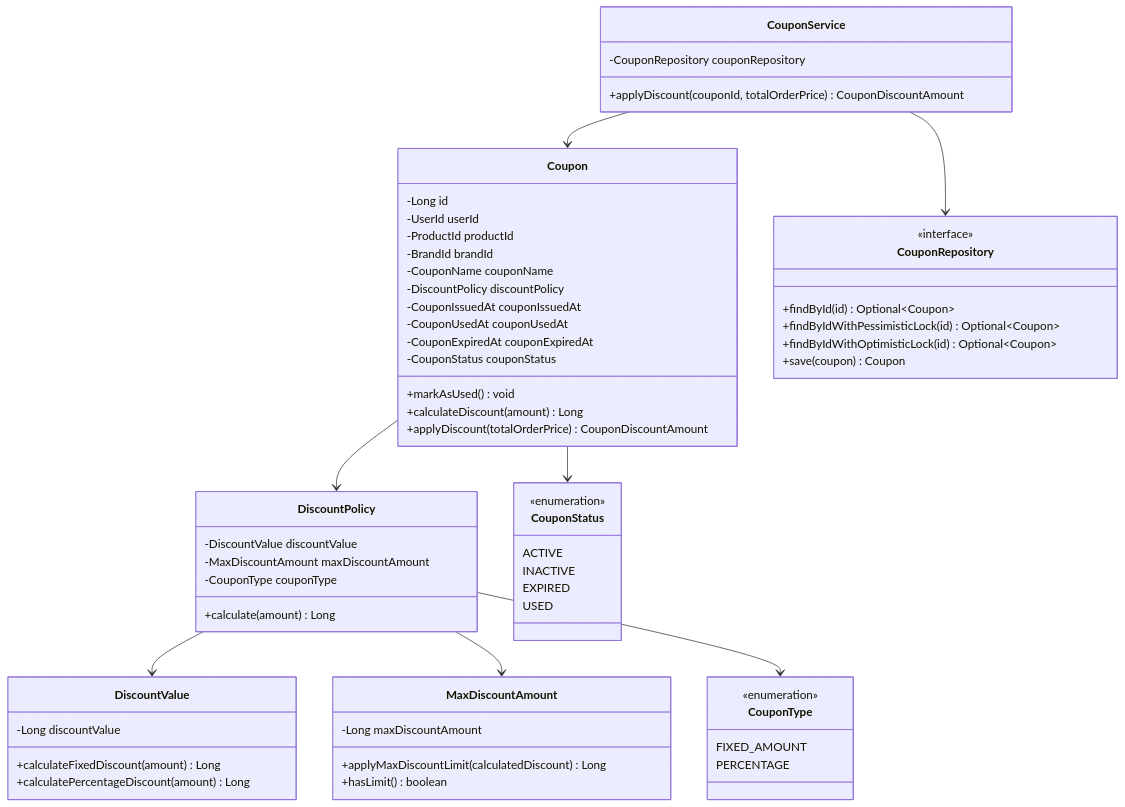
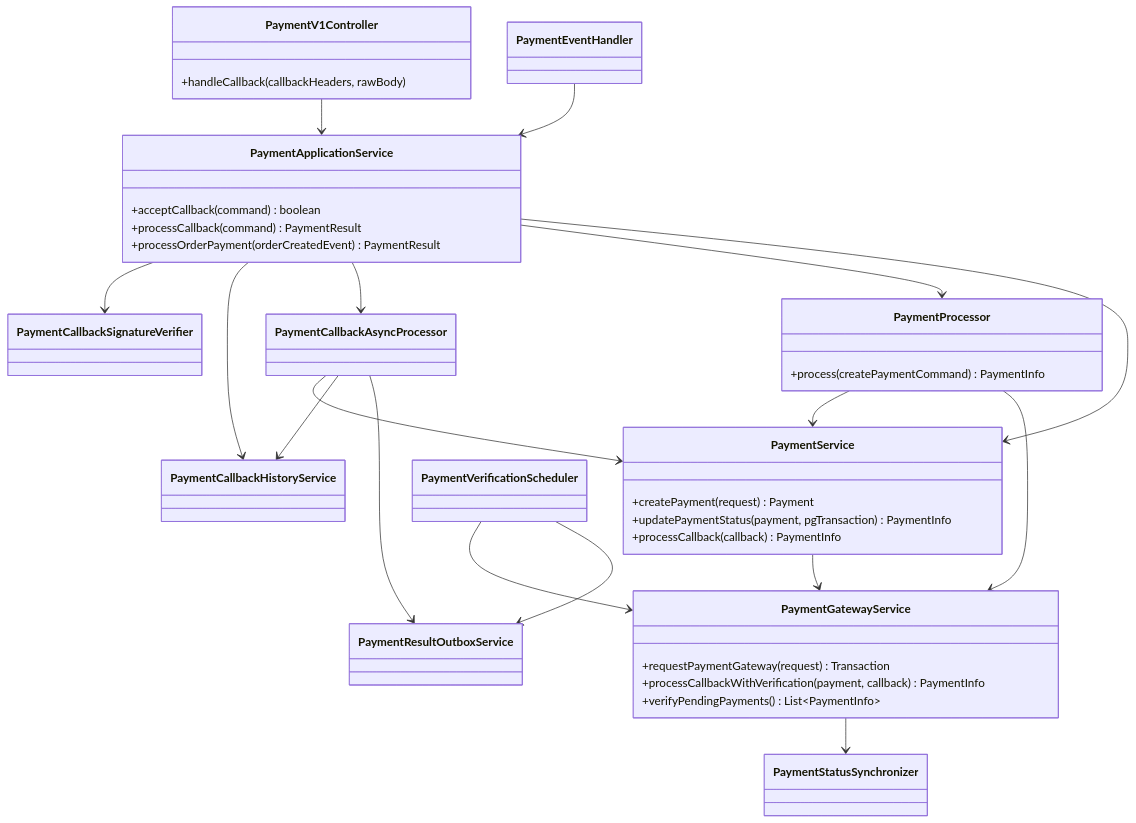
The fifth of 6 diagrams in docs/03-class-diagrams.md (yht0827/my-commerce), drawn with Mermaid before and after one commit. The commit also changed other lines of this file and 258 other files, not shown here.

````diff
--- a/docs/03-class-diagrams.md
+++ b/docs/03-class-diagrams.md
@@ -384,72 +199,57 @@
 ```mermaid
 classDiagram
-    class Coupon {
-        -Long id
-        -UserId userId
-        -ProductId productId
-        -BrandId brandId
-        -CouponName couponName
-        -DiscountPolicy discountPolicy
-        -CouponIssuedAt couponIssuedAt
-        -CouponUsedAt couponUsedAt
-        -CouponExpiredAt couponExpiredAt
-        -CouponStatus couponStatus
-        +markAsUsed() void
-        +calculateDiscount(amount) Long
-        +applyDiscount(totalOrderPrice) CouponDiscountAmount
+    direction TB
+
+    class PaymentV1Controller {
+        +handleCallback(callbackHeaders, rawBody)
     }
 
-    class DiscountPolicy {
-        -DiscountValue discountValue
-        -MaxDiscountAmount maxDiscountAmount
-        -CouponType couponType
-        +calculate(amount) Long
+    class PaymentApplicationService {
+        +acceptCallback(command) boolean
+        +processCallback(command) PaymentResult
+        +processOrderPayment(orderCreatedEvent) PaymentResult
     }
 
-    class DiscountValue {
-        -Long discountValue
-        +calculateFixedDiscount(amount) Long
-        +calculatePercentageDiscount(amount) Long
+    class PaymentProcessor {
+        +process(createPaymentCommand) PaymentInfo
     }
 
-    class MaxDiscountAmount {
-        -Long maxDiscountAmount
-        +applyMaxDiscountLimit(calculatedDiscount) Long
-        +hasLimit() boolean
+    class PaymentService {
+        +createPayment(request) Payment
+        +updatePaymentStatus(payment, pgTransaction) PaymentInfo
+        +processCallback(callback) PaymentInfo
     }
 
-    class CouponType {
-        <<enumeration>>
-        FIXED_AMOUNT
-        PERCENTAGE
+    class PaymentGatewayService {
+        +requestPaymentGateway(request) Transaction
+        +processCallbackWithVerification(payment, callback) PaymentInfo
+        +verifyPendingPayments() List~PaymentInfo~
     }
 
-    class CouponStatus {
-        <<enumeration>>
-        ACTIVE
-        INACTIVE
-        EXPIRED
-        USED
-    }
+    class PaymentCallbackSignatureVerifier
+    class PaymentCallbackHistoryService
+    class PaymentCallbackAsyncProcessor
+    class PaymentResultOutboxService
+    class PaymentEventHandler
+    class PaymentVerificationScheduler
 
-    class CouponRepository {
-        <<interface>>
-        +findById(id) Optional~Coupon~
-        +findByIdWithPessimisticLock(id) Optional~Coupon~
-        +findByIdWithOptimisticLock(id) Optional~Coupon~
-        +save(coupon) Coupon
-    }
+    PaymentV1Controller --> PaymentApplicationService
+    PaymentApplicationService --> PaymentCallbackSignatureVerifier
+    PaymentApplicationService --> PaymentCallbackHistoryService
+    PaymentApplicationService --> PaymentCallbackAsyncProcessor
+    PaymentApplicationService --> PaymentProcessor
+    PaymentApplicationService --> PaymentService
 
-    class CouponService {
-        -CouponRepository couponRepository
-        +applyDiscount(couponId, totalOrderPrice) CouponDiscountAmount
-    }
+    PaymentCallbackAsyncProcessor --> PaymentService
+    PaymentCallbackAsyncProcessor --> PaymentCallbackHistoryService
+    PaymentCallbackAsyncProcessor --> PaymentResultOutboxService
 
-    Coupon --> DiscountPolicy
-    DiscountPolicy --> DiscountValue
-    DiscountPolicy --> MaxDiscountAmount
-    DiscountPolicy --> CouponType
-    Coupon --> CouponStatus
-    CouponService --> CouponRepository
-    CouponService --> Coupon
+    PaymentProcessor --> PaymentService
+    PaymentProcessor --> PaymentGatewayService
+    PaymentService --> PaymentGatewayService
+    PaymentGatewayService --> PaymentStatusSynchronizer
+
+    PaymentEventHandler --> PaymentApplicationService
+    PaymentVerificationScheduler --> PaymentGatewayService
+    PaymentVerificationScheduler --> PaymentResultOutboxService
 ```
````
